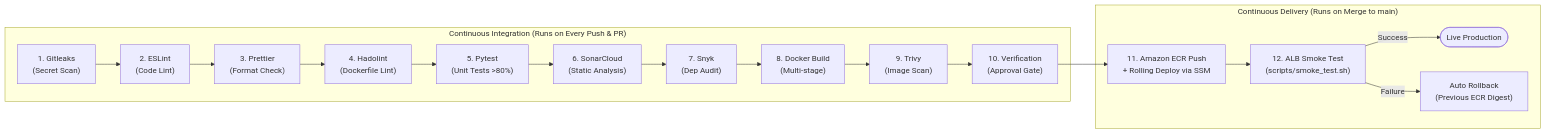
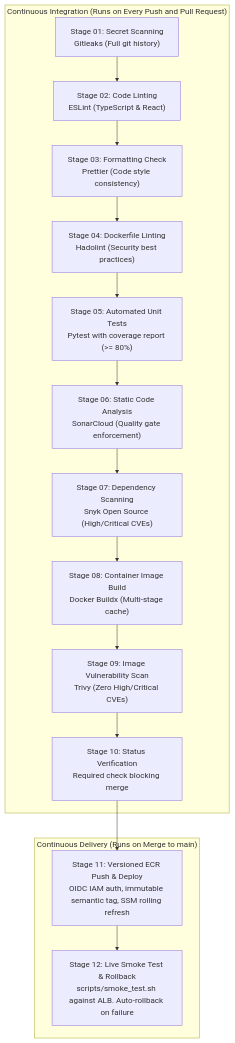
The third of 3 diagrams in README.md (jabeen-zahra/PulseWatch), drawn with Mermaid before and after one commit. The commit also changed other lines of this file and 32 other files, not shown here.

````diff
--- a/README.md
+++ b/README.md
@@ -102,21 +122,24 @@
 ```mermaid
-flowchart LR
-    subgraph CI ["Continuous Integration (Runs on Every Push & PR)"]
-        S1["1. Gitleaks<br/>(Secret Scan)"] --> S2["2. ESLint<br/>(Code Lint)"]
-        S2 --> S3["3. Prettier<br/>(Format Check)"]
-        S3 --> S4["4. Hadolint<br/>(Dockerfile Lint)"]
-        S4 --> S5["5. Pytest<br/>(Unit Tests >80%)"]
-        S5 --> S6["6. SonarCloud<br/>(Static Analysis)"]
-        S6 --> S7["7. Snyk<br/>(Dep Audit)"]
-        S7 --> S8["8. Docker Build<br/>(Multi-stage)"]
-        S8 --> S9["9. Trivy<br/>(Image Scan)"]
-        S9 --> S10["10. Verification<br/>(Approval Gate)"]
+flowchart TD
+    subgraph CI ["Continuous Integration (Runs on Every Push and Pull Request)"]
+        S01["Stage 01: Secret Scanning<br/>Gitleaks (Full git history)"]
+        S02["Stage 02: Code Linting<br/>ESLint (TypeScript & React)"]
+        S03["Stage 03: Formatting Check<br/>Prettier (Code style consistency)"]
+        S04["Stage 04: Dockerfile Linting<br/>Hadolint (Security best practices)"]
+        S05["Stage 05: Automated Unit Tests<br/>Pytest with coverage report (>= 80%)"]
+        S06["Stage 06: Static Code Analysis<br/>SonarCloud (Quality gate enforcement)"]
+        S07["Stage 07: Dependency Scanning<br/>Snyk Open Source (High/Critical CVEs)"]
+        S08["Stage 08: Container Image Build<br/>Docker Buildx (Multi-stage cache)"]
+        S09["Stage 09: Image Vulnerability Scan<br/>Trivy (Zero High/Critical CVEs)"]
+        S10["Stage 10: Status Verification<br/>Required check blocking merge"]
+        
+        S01 --> S02 --> S03 --> S04 --> S05 --> S06 --> S07 --> S08 --> S09 --> S10
     end
 
     subgraph CD ["Continuous Delivery (Runs on Merge to main)"]
-        S10 --> S11["11. Amazon ECR Push<br/>+ Rolling Deploy via SSM"]
-        S11 --> S12["12. ALB Smoke Test<br/>(scripts/smoke_test.sh)"]
-        S12 -->|Success| LiveApp(["Live Production"])
-        S12 -->|Failure| Rollback["Auto Rollback<br/>(Previous ECR Digest)"]
+        S11["Stage 11: Versioned ECR Push & Deploy<br/>OIDC IAM auth, immutable semantic tag, SSM rolling refresh"]
+        S12["Stage 12: Live Smoke Test & Rollback<br/>scripts/smoke_test.sh against ALB. Auto-rollback on failure"]
+        
+        S10 --> S11 --> S12
     end
 ```
````
